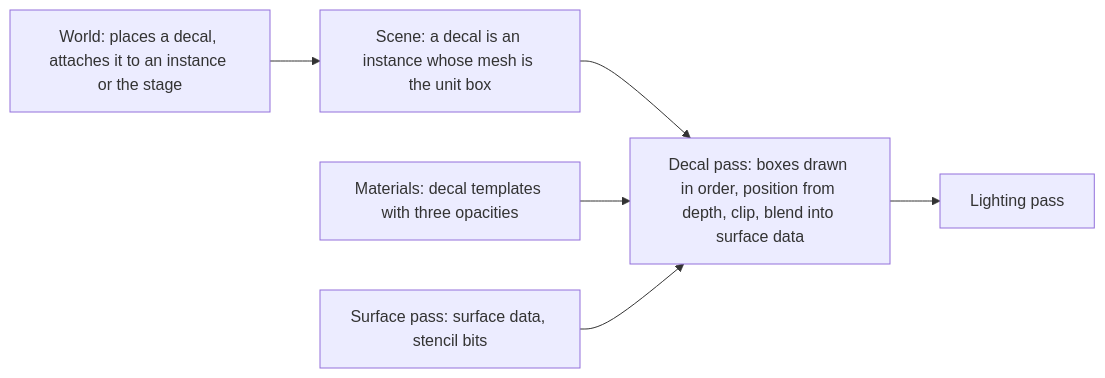
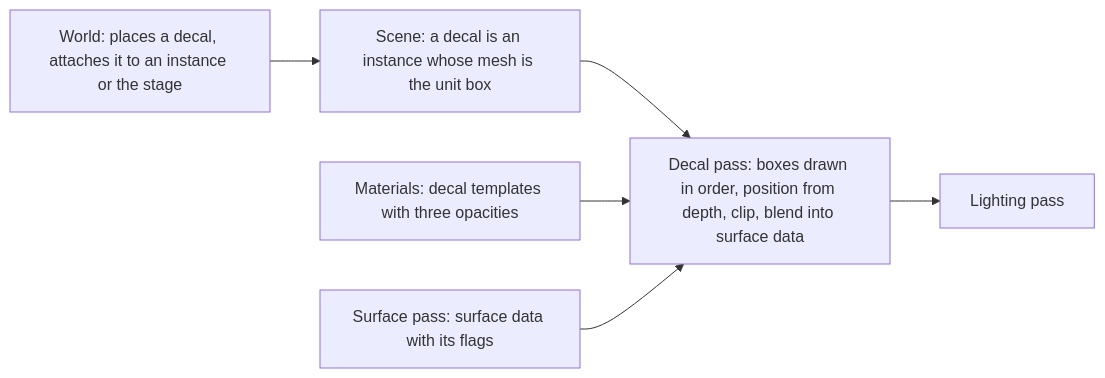
Before and after one commit to plainsight-systems/bullet-witch: the first of 2 diagrams in docs/architecture/decals.md, drawn with Mermaid. The commit also changed other lines of this file and 12 other files, not shown here.

````diff
--- a/docs/architecture/decals.md
+++ b/docs/architecture/decals.md
@@ -18,8 +18,8 @@
 ```mermaid
 flowchart LR
     W["World: places a decal, attaches it to an instance or the stage"] --> SC["Scene: a decal is an instance whose mesh is the unit box"]
     SC --> DP["Decal pass: boxes drawn in order, position from depth, clip, blend into surface data"]
     MT["Materials: decal templates with three opacities"] --> DP
-    SP["Surface pass: surface data, stencil bits"] --> DP
+    SP["Surface pass: surface data with its flags"] --> DP
     DP --> LP["Lighting pass"]
 ```
````
